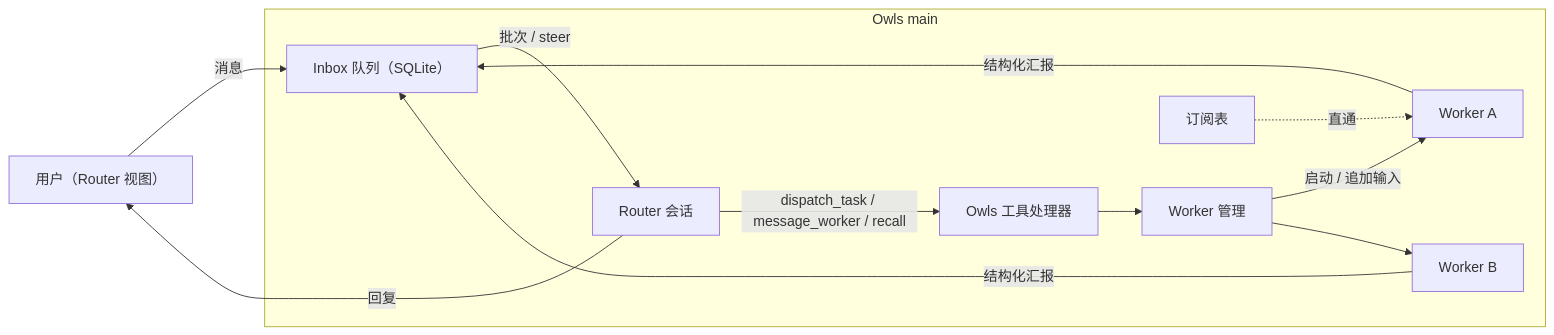
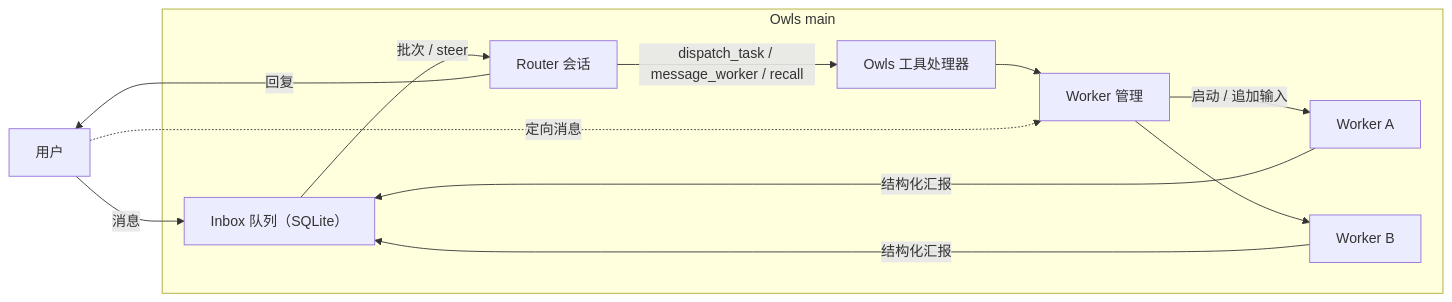
The diagram in docs/RFC_OWLS_SUPER_AGENT.md (jackeydou/Owls), drawn with Mermaid before and after one commit. The commit also changed other lines of this file and 30 other files, not shown here.

````diff
--- a/docs/RFC_OWLS_SUPER_AGENT.md
+++ b/docs/RFC_OWLS_SUPER_AGENT.md
@@ -58,15 +57,15 @@
 ```mermaid
 flowchart LR
-  U["用户（Router 视图）"] -->|消息| INBOX
+  U["用户"] -->|消息| INBOX
   subgraph MAIN["Owls main"]
     INBOX["Inbox 队列（SQLite）"] -->|批次 / steer| R["Router 会话"]
     R -->|dispatch_task / message_worker / recall| TOOLS["Owls 工具处理器"]
     TOOLS --> WS["Worker 管理"]
     WS -->|启动 / 追加输入| W1["Worker A"]
     WS --> W2["Worker B"]
     W1 -->|结构化汇报| INBOX
     W2 -->|结构化汇报| INBOX
-    SUB["订阅表"] -.直通.-> W1
   end
+  U -.定向消息.-> WS
   R -->|回复| U
 ```
````
